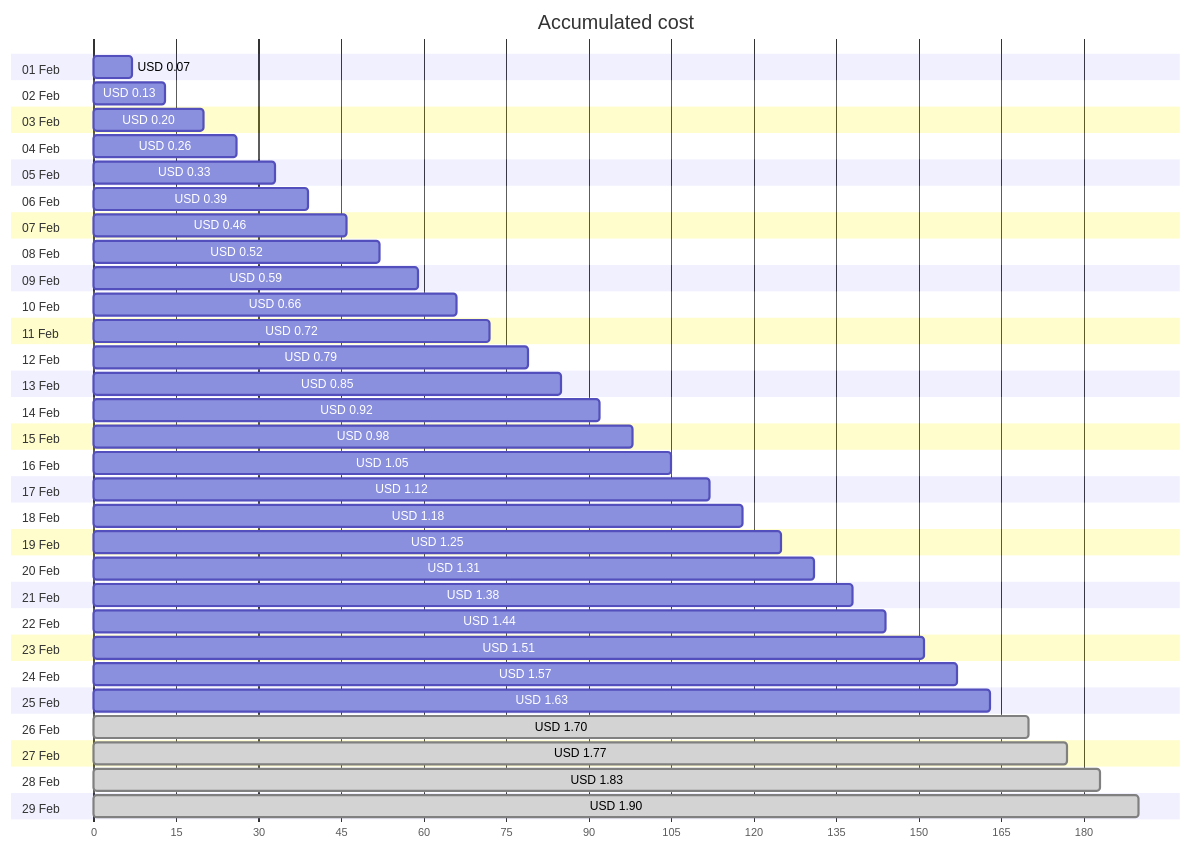
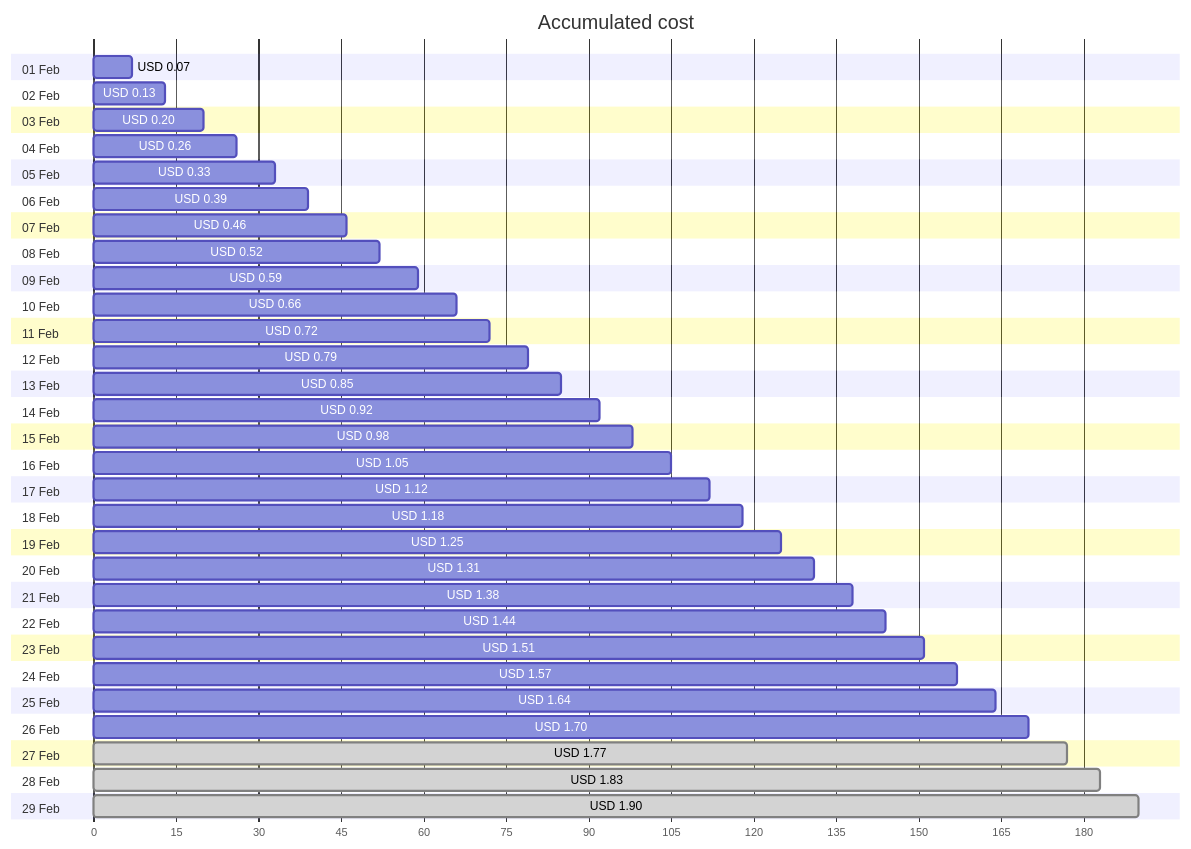
One commit to jpfulton/azure-personal-reports changed the first of 4 diagrams in cost-reports/personal-network/vpn-server_OsDisk.md. Above: the diagram before and after it, drawn with Mermaid. The commit also changed other lines of this file and 8 other files, not shown here.

````diff
--- a/cost-reports/personal-network/vpn-server_OsDisk.md
+++ b/cost-reports/personal-network/vpn-server_OsDisk.md
@@ -20,64 +20,64 @@
 ```mermaid
 gantt
    title Accumulated cost
    dateFormat  X
    axisFormat %s
    section 01 Feb
    USD 0.07 :0, 7
    section 02 Feb
    USD 0.13 :0, 13
    section 03 Feb
    USD 0.20 :0, 20
    section 04 Feb
    USD 0.26 :0, 26
    section 05 Feb
    USD 0.33 :0, 33
    section 06 Feb
    USD 0.39 :0, 39
    section 07 Feb
    USD 0.46 :0, 46
    section 08 Feb
    USD 0.52 :0, 52
    section 09 Feb
    USD 0.59 :0, 59
    section 10 Feb
    USD 0.66 :0, 66
    section 11 Feb
    USD 0.72 :0, 72
    section 12 Feb
    USD 0.79 :0, 79
    section 13 Feb
    USD 0.85 :0, 85
    section 14 Feb
    USD 0.92 :0, 92
    section 15 Feb
    USD 0.98 :0, 98
    section 16 Feb
    USD 1.05 :0, 105
    section 17 Feb
    USD 1.12 :0, 112
    section 18 Feb
    USD 1.18 :0, 118
    section 19 Feb
    USD 1.25 :0, 125
    section 20 Feb
    USD 1.31 :0, 131
    section 21 Feb
    USD 1.38 :0, 138
    section 22 Feb
    USD 1.44 :0, 144
    section 23 Feb
    USD 1.51 :0, 151
    section 24 Feb
    USD 1.57 :0, 157
    section 25 Feb
-   USD 1.63 :0, 163
+   USD 1.64 :0, 164
    section 26 Feb
-   USD 1.70 : done, 0, 170
+   USD 1.70 :0, 170
    section 27 Feb
    USD 1.77 : done, 0, 177
    section 28 Feb
    USD 1.83 : done, 0, 183
    section 29 Feb
    USD 1.90 : done, 0, 190
 ```
````
